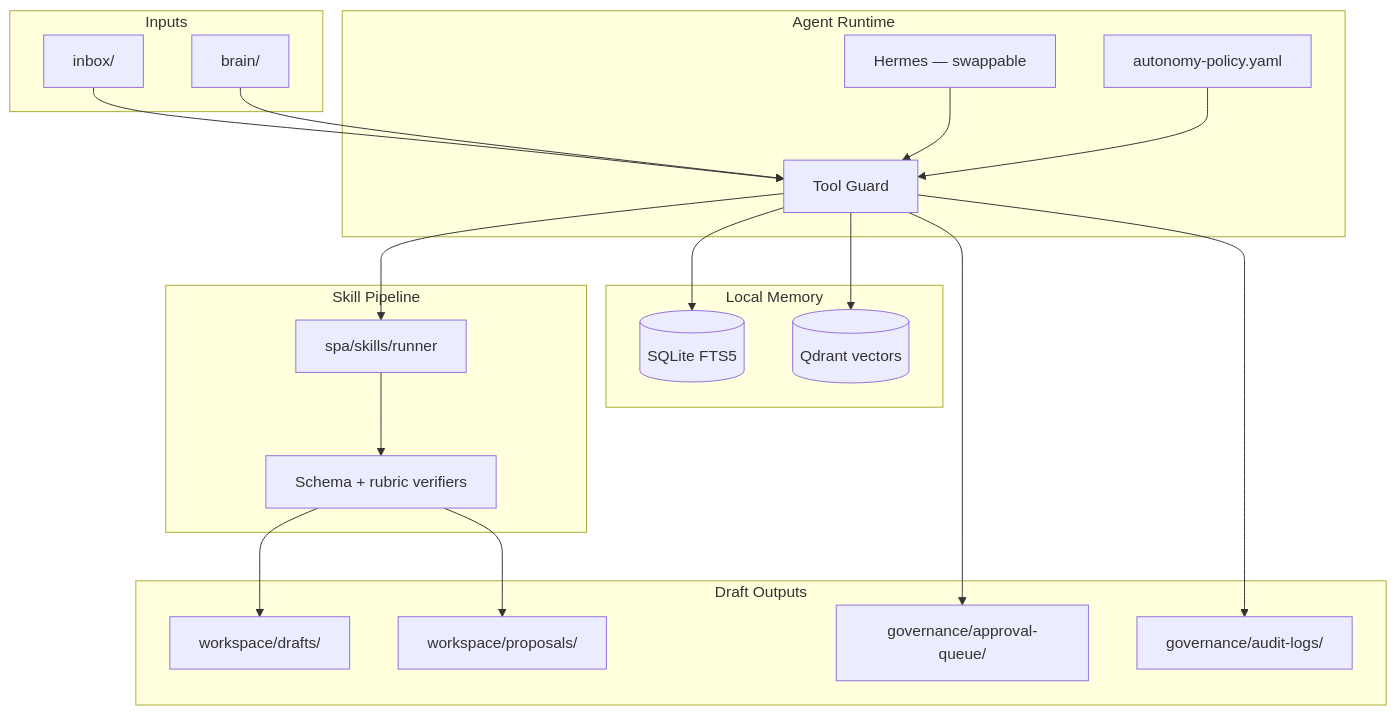
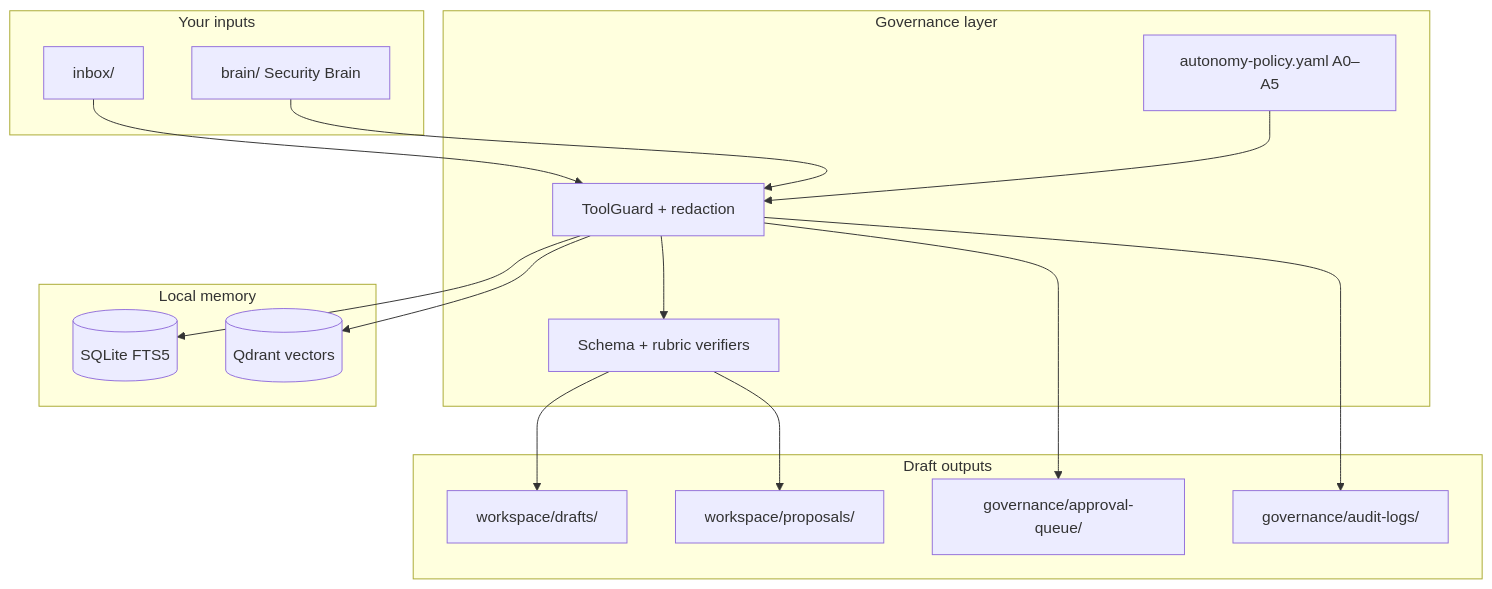
Before and after one commit to wcbot0/Personal-GRC-Agent: the diagram in README.md, drawn with Mermaid. The commit also changed other lines of this file and 61 other files, not shown here.

````diff
--- a/README.md
+++ b/README.md
@@ -152,43 +280,36 @@
 ```mermaid
 flowchart TB
-  subgraph inputs [Inputs]
+  subgraph inputs [Your inputs]
     inbox[inbox/]
-    brain[brain/]
+    brain[brain/ Security Brain]
   end
 
-  subgraph runtime [Agent Runtime]
-    hermes[Hermes — swappable]
-    policy[autonomy-policy.yaml]
-    guard[Tool Guard]
+  subgraph governance [Governance layer]
+    guard[ToolGuard + redaction]
+    policy[autonomy-policy.yaml A0–A5]
+    verifiers[Schema + rubric verifiers]
   end
 
-  subgraph memory [Local Memory]
+  subgraph memory [Local memory]
     sqlite[(SQLite FTS5)]
     qdrant[(Qdrant vectors)]
   end
 
-  subgraph pipeline [Skill Pipeline]
-    runner[spa/skills/runner]
-    verifiers[Schema + rubric verifiers]
-  end
-
-  subgraph outputs [Draft Outputs]
+  subgraph outputs [Draft outputs]
     drafts[workspace/drafts/]
     proposals[workspace/proposals/]
     cpo[governance/approval-queue/]
     audit[governance/audit-logs/]
   end
 
   inbox --> guard
   brain --> guard
-  hermes --> guard
   policy --> guard
-  guard --> runner
-  runner --> verifiers
+  guard --> verifiers
   guard --> sqlite
   guard --> qdrant
   verifiers --> drafts
   verifiers --> proposals
   guard --> cpo
   guard --> audit
 ```
````
